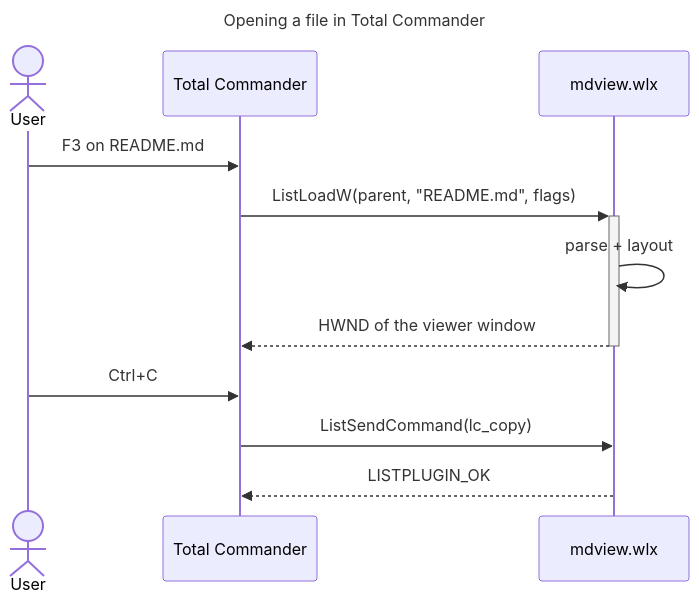
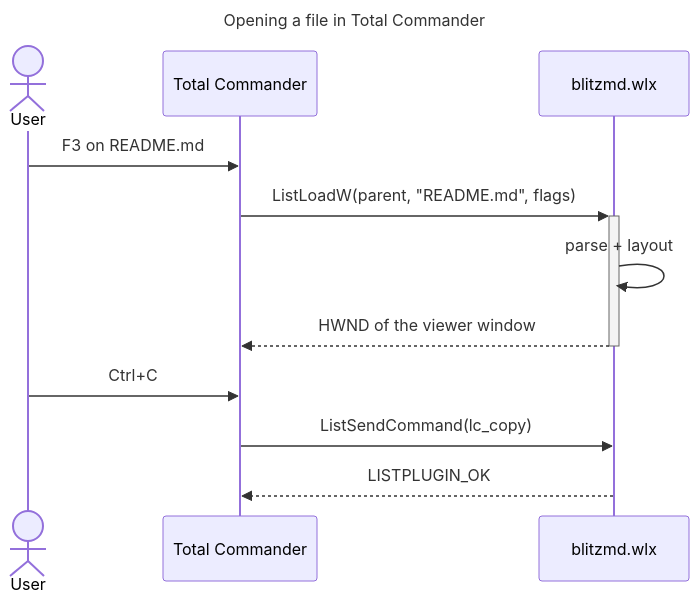
One commit to mpegeev/blitzmd changed the sixth of 6 diagrams in samples/gfm/21-mermaid-sequence.md. Above: the diagram before and after it, drawn with Mermaid. The commit also changed 31 other files, not shown here.

````diff
--- a/samples/gfm/21-mermaid-sequence.md
+++ b/samples/gfm/21-mermaid-sequence.md
@@ -108,16 +108,16 @@
 ```mermaid
 ---
 title: Opening a file in Total Commander
 ---
 sequenceDiagram
     actor U as User
     participant TC as Total Commander
-    participant P as mdview.wlx
+    participant P as blitzmd.wlx
     U->>TC: F3 on README.md
     TC->>+P: ListLoadW(parent, "README.md", flags)
     P->>P: parse + layout
     P-->>-TC: HWND of the viewer window
     U->>TC: Ctrl+C
     TC->>P: ListSendCommand(lc_copy)
     P-->>TC: LISTPLUGIN_OK
 ```
````
